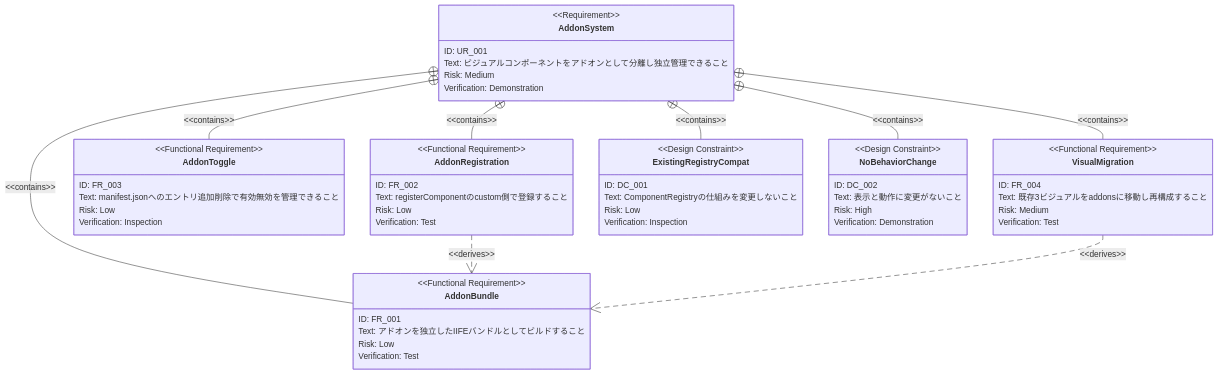
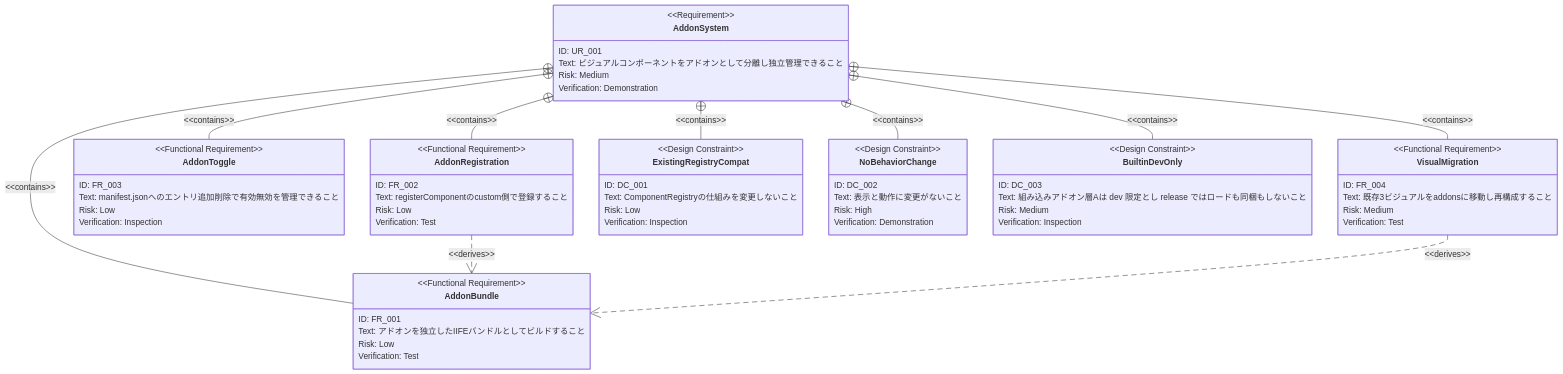
Before and after one commit to ToshikiImagawa/slide-presentation-app: the second of 2 diagrams in .sdd/requirement/visual-addon.md, drawn with Mermaid. The commit also changed other lines of this file and 215 other files, not shown here.

````diff
--- a/.sdd/requirement/visual-addon.md
+++ b/.sdd/requirement/visual-addon.md
@@ -87,60 +106,68 @@
 ```mermaid
 requirementDiagram
     requirement AddonSystem {
         id: UR_001
         text: "ビジュアルコンポーネントをアドオンとして分離し独立管理できること"
         risk: medium
         verifymethod: demonstration
     }
 
     functionalRequirement AddonBundle {
         id: FR_001
         text: "アドオンを独立したIIFEバンドルとしてビルドすること"
         risk: low
         verifymethod: test
     }
 
     functionalRequirement AddonRegistration {
         id: FR_002
         text: "registerComponentのcustom側で登録すること"
         risk: low
         verifymethod: test
     }
 
     functionalRequirement AddonToggle {
         id: FR_003
         text: "manifest.jsonへのエントリ追加削除で有効無効を管理できること"
         risk: low
         verifymethod: inspection
     }
 
     functionalRequirement VisualMigration {
         id: FR_004
         text: "既存3ビジュアルをaddonsに移動し再構成すること"
         risk: medium
         verifymethod: test
     }
 
     designConstraint ExistingRegistryCompat {
         id: DC_001
         text: "ComponentRegistryの仕組みを変更しないこと"
         risk: low
         verifymethod: inspection
     }
 
     designConstraint NoBehaviorChange {
         id: DC_002
         text: "表示と動作に変更がないこと"
         risk: high
         verifymethod: demonstration
     }
 
+    designConstraint BuiltinDevOnly {
+        id: DC_003
+        text: "組み込みアドオン層Aは dev 限定とし release ではロードも同梱もしないこと"
+        risk: medium
+        verifymethod: inspection
+    }
+
     AddonSystem - contains -> AddonBundle
     AddonSystem - contains -> AddonRegistration
     AddonSystem - contains -> AddonToggle
     AddonSystem - contains -> VisualMigration
     AddonSystem - contains -> ExistingRegistryCompat
     AddonSystem - contains -> NoBehaviorChange
+    AddonSystem - contains -> BuiltinDevOnly
     AddonRegistration - derives -> AddonBundle
     VisualMigration - derives -> AddonBundle
 ```
````
